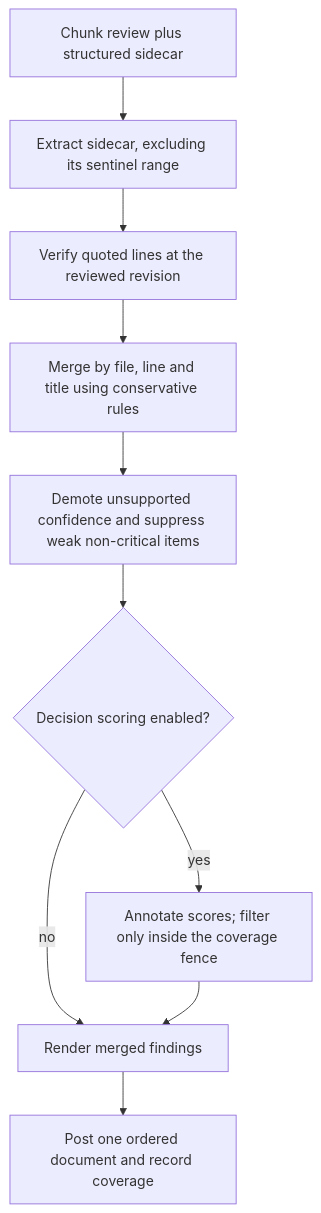
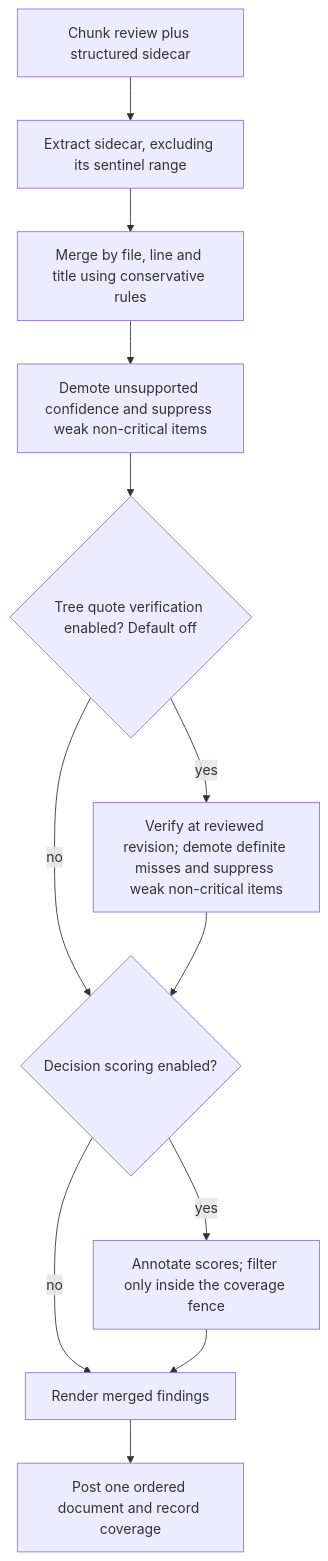
Before and after one commit to generic-automation-and-it/smooth-ai-report-review: the second of 2 diagrams in docs/hlds/003-findings-and-decisions/diagrams/c4-context.md, drawn with Mermaid. The commit also changed other lines of this file and 17 other files, not shown here.

````diff
--- a/docs/hlds/003-findings-and-decisions/diagrams/c4-context.md
+++ b/docs/hlds/003-findings-and-decisions/diagrams/c4-context.md
@@ -32,12 +33,14 @@
 ```mermaid
 flowchart TD
     A[Chunk review plus structured sidecar] --> B[Extract sidecar, excluding its sentinel range]
-    B --> C[Verify quoted lines at the reviewed revision]
-    C --> D[Merge by file, line and title using conservative rules]
+    B --> D[Merge by file, line and title using conservative rules]
     D --> E[Demote unsupported confidence and suppress weak non-critical items]
-    E --> F{Decision scoring enabled?}
+    E --> C{Tree quote verification enabled? Default off}
+    C -->|yes| V[Verify at reviewed revision; demote definite misses and suppress weak non-critical items]
+    C -->|no| F{Decision scoring enabled?}
+    V --> F
     F -->|yes| G[Annotate scores; filter only inside the coverage fence]
     F -->|no| H[Render merged findings]
     G --> H
     H --> I[Post one ordered document and record coverage]
 ```
````
